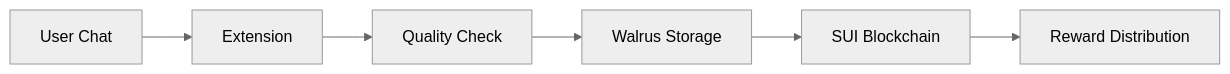
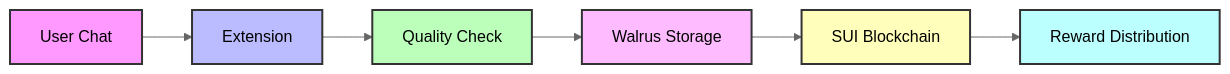
The diagram in quickstart.mdx (RivenLSCP/docs), drawn with Mermaid (neutral theme) before and after one commit. The commit also changed 3 other files, not shown here.

````diff
--- a/quickstart.mdx
+++ b/quickstart.mdx
@@ -73,8 +73,15 @@
 ```mermaid
 graph LR
     A[User Chat] --> B[Extension]
     B --> C[Quality Check]
     C --> D[Walrus Storage]
     D --> E[SUI Blockchain]
     E --> F[Reward Distribution]
+
+    style A fill:#f9f,stroke:#333,stroke-width:2px
+    style B fill:#bbf,stroke:#333,stroke-width:2px
+    style C fill:#bfb,stroke:#333,stroke-width:2px
+    style D fill:#fbf,stroke:#333,stroke-width:2px
+    style E fill:#ffb,stroke:#333,stroke-width:2px
+    style F fill:#bff,stroke:#333,stroke-width:2px
 ```
````
